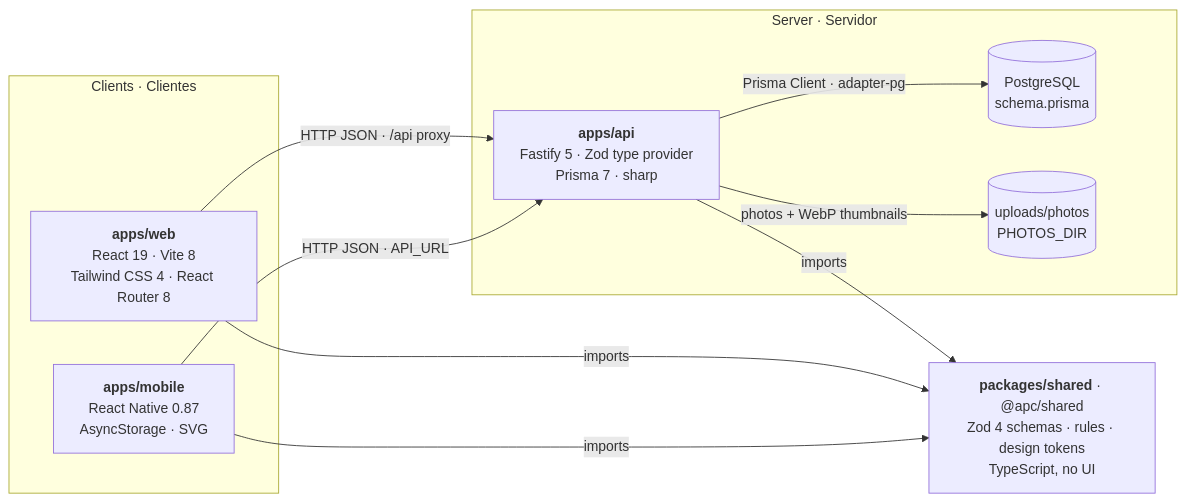
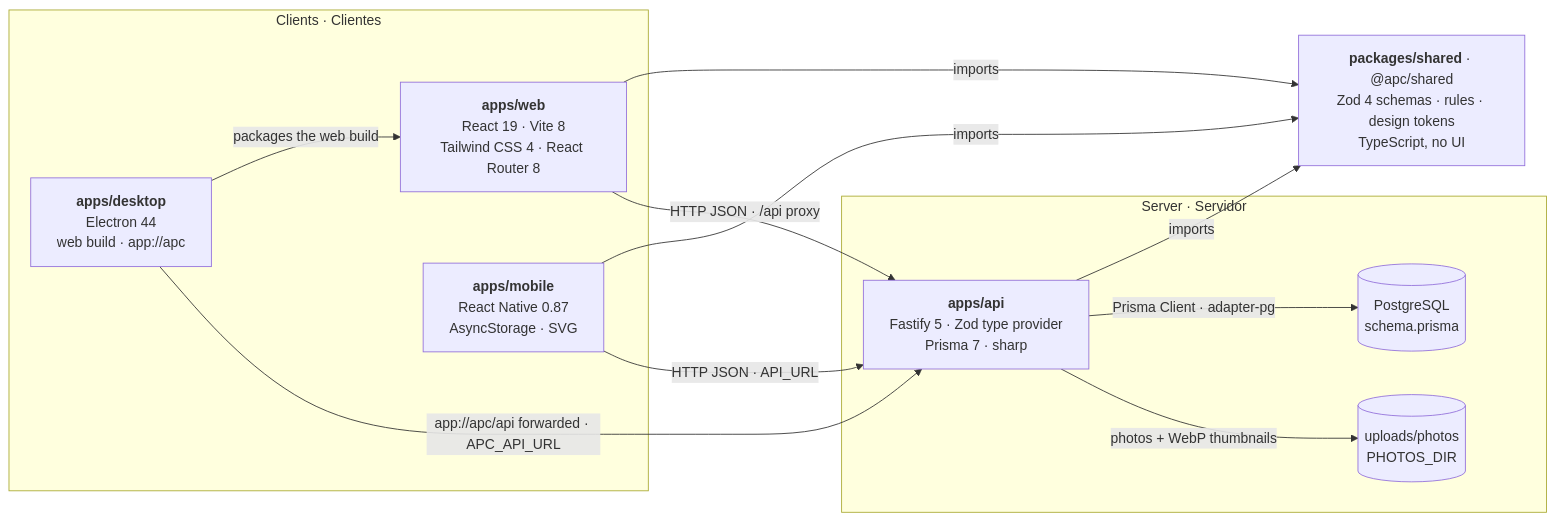
The first of 5 diagrams in docs/architecture.md (ChrisCamilo/apc-universal-repair), drawn with Mermaid before and after one commit. The commit also changed other lines of this file, not shown here.

Commit message:
docs: Add the desktop app to the architecture overview

````diff
--- a/docs/architecture.md
+++ b/docs/architecture.md
@@ -11,23 +11,26 @@
 ```mermaid
 flowchart LR
     subgraph clients["Clients · Clientes"]
         web["<b>apps/web</b><br/>React 19 · Vite 8<br/>Tailwind CSS 4 · React Router 8"]
         mobile["<b>apps/mobile</b><br/>React Native 0.87<br/>AsyncStorage · SVG"]
+        desktop["<b>apps/desktop</b><br/>Electron 44<br/>web build · app://apc"]
     end
 
     shared["<b>packages/shared</b> · @apc/shared<br/>Zod 4 schemas · rules · design tokens<br/>TypeScript, no UI"]
 
     subgraph server["Server · Servidor"]
         api["<b>apps/api</b><br/>Fastify 5 · Zod type provider<br/>Prisma 7 · sharp"]
         db[("PostgreSQL<br/>schema.prisma")]
         files[("uploads/photos<br/>PHOTOS_DIR")]
     end
 
     web -- imports --> shared
+    desktop -- "packages the web build" --> web
     mobile -- imports --> shared
     api -- imports --> shared
     web -- "HTTP JSON · /api proxy" --> api
     mobile -- "HTTP JSON · API_URL" --> api
+    desktop -- "app://apc/api forwarded · APC_API_URL" --> api
     api -- "Prisma Client · adapter-pg" --> db
     api -- "photos + WebP thumbnails" --> files
 ```
````
